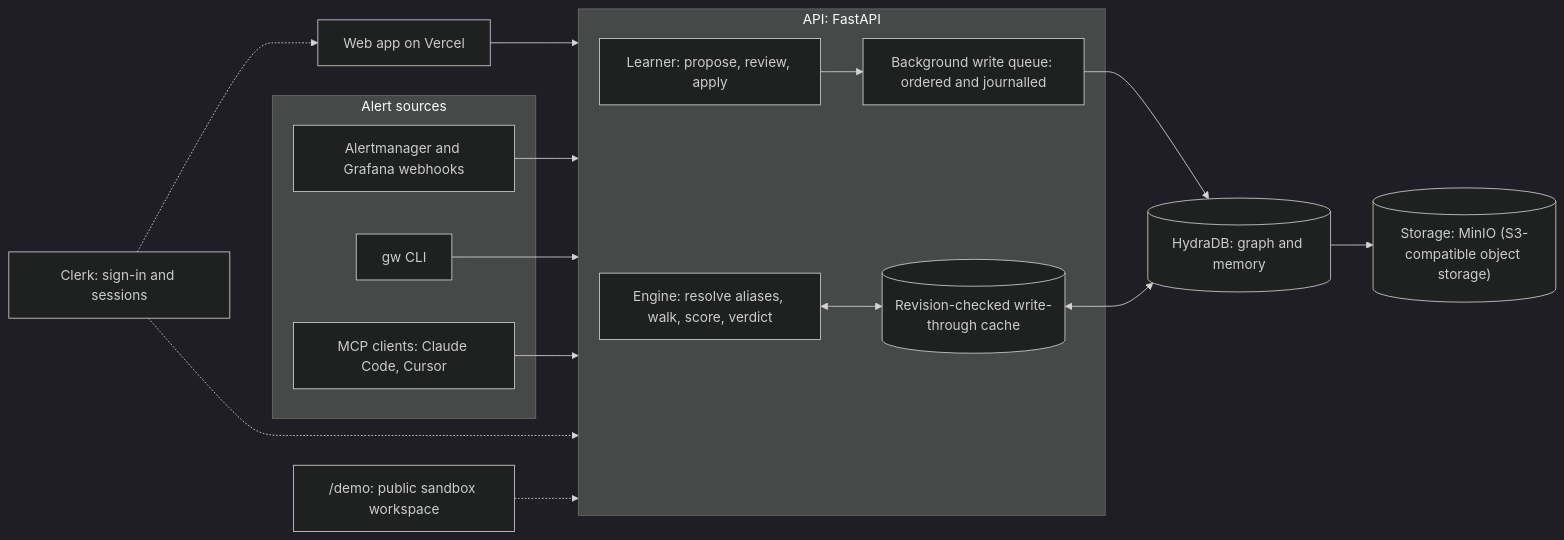
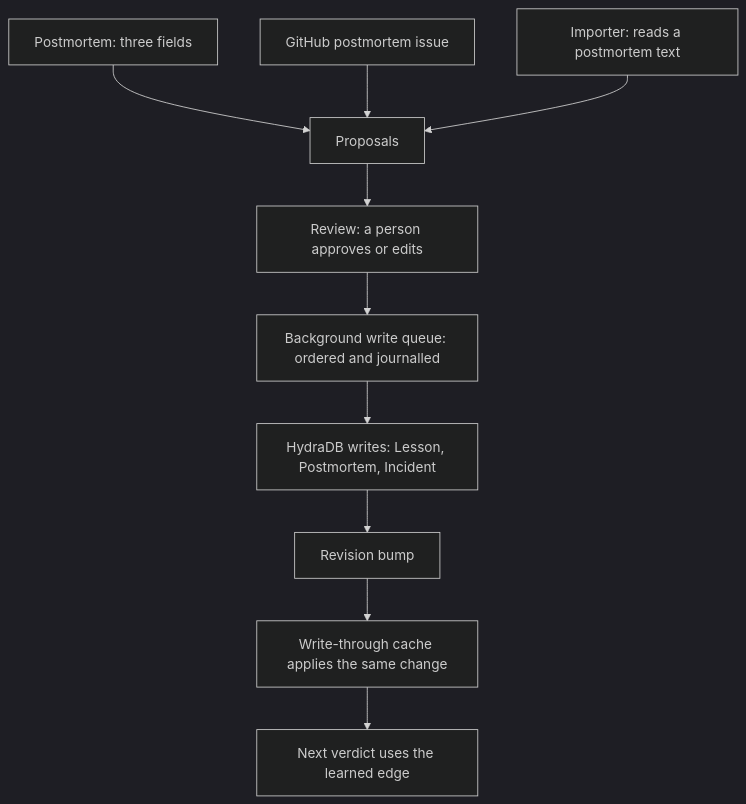
The second of 5 diagrams in README.md (redcode333/GhostWalk), drawn with Mermaid (dark theme) before and after one commit. The commit also changed other lines of this file and 21 other files, not shown here.

First line of the commit message:
README: short, judge-facing rewrite; architecture image; five design diagrams; reference doc

````diff
--- a/README.md
+++ b/README.md
@@ -41,26 +94,12 @@
 ```mermaid
-flowchart LR
-    subgraph SRC[Alert sources]
-        W["Alertmanager and Grafana webhooks"]
-        C[gw CLI]
-        M["MCP clients: Claude Code, Cursor"]
-    end
-    WEB[Web app on Vercel] --> API
-    W --> API
-    C --> API
-    M --> API
-    CLERK["Clerk: sign-in and sessions"] -.-> WEB
-    CLERK -.-> API
-    DEMO["/demo: public sandbox workspace"] -.-> API
-    subgraph API[API: FastAPI]
-        ENG["Engine: resolve aliases, walk, score, verdict"]
-        CACHE[("Revision-checked write-through cache")]
-        LRN["Learner: propose, review, apply"]
-        Q["Background write queue: ordered and journalled"]
-    end
-    ENG <--> CACHE
-    LRN --> Q
-    Q --> H
-    CACHE <--> H[("HydraDB: graph and memory")]
-    H --> S[("Storage: MinIO (S3-compatible object storage)")]
+flowchart TD
+    A[Postmortem: three fields] --> D[Proposals]
+    B[GitHub postmortem issue] --> D
+    C[Importer: reads a postmortem text] --> D
+    D --> E["Review: a person approves or edits"]
+    E --> F[Background write queue: ordered and journalled]
+    F --> G[HydraDB writes: Lesson, Postmortem, Incident]
+    G --> H[Revision bump]
+    H --> I[Write-through cache applies the same change]
+    I --> J[Next verdict uses the learned edge]
 ```
````
